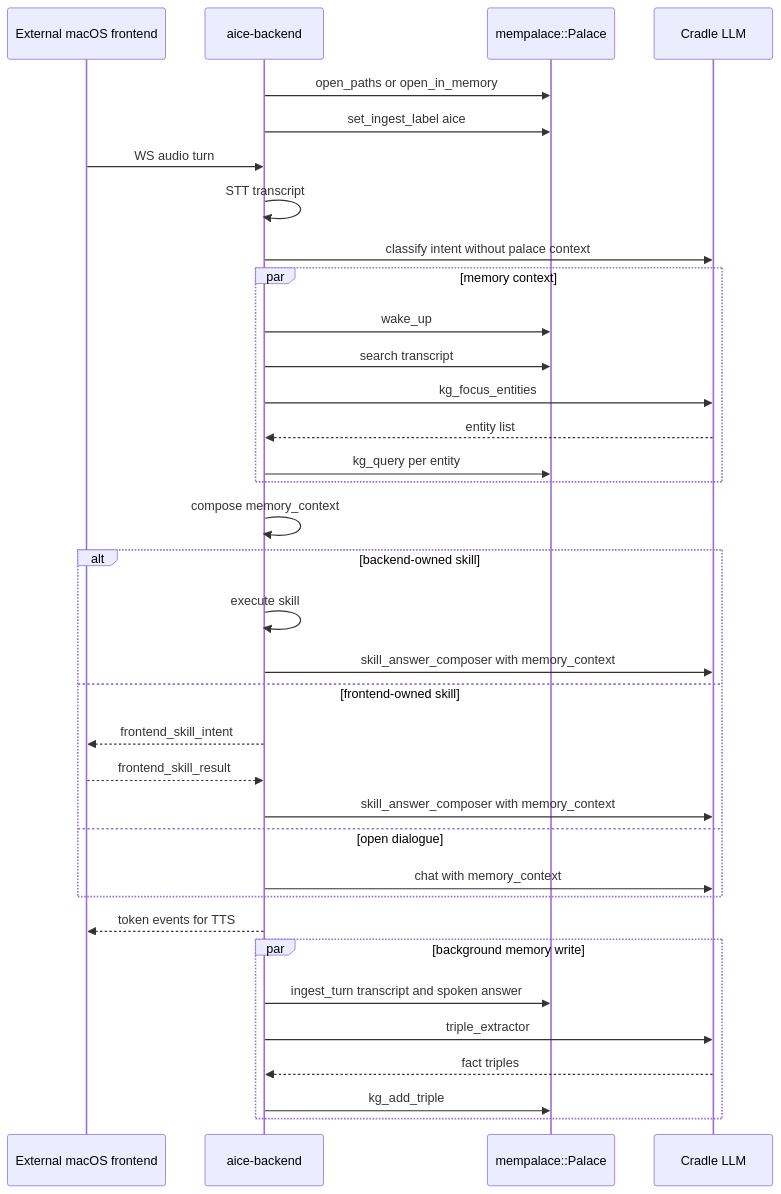
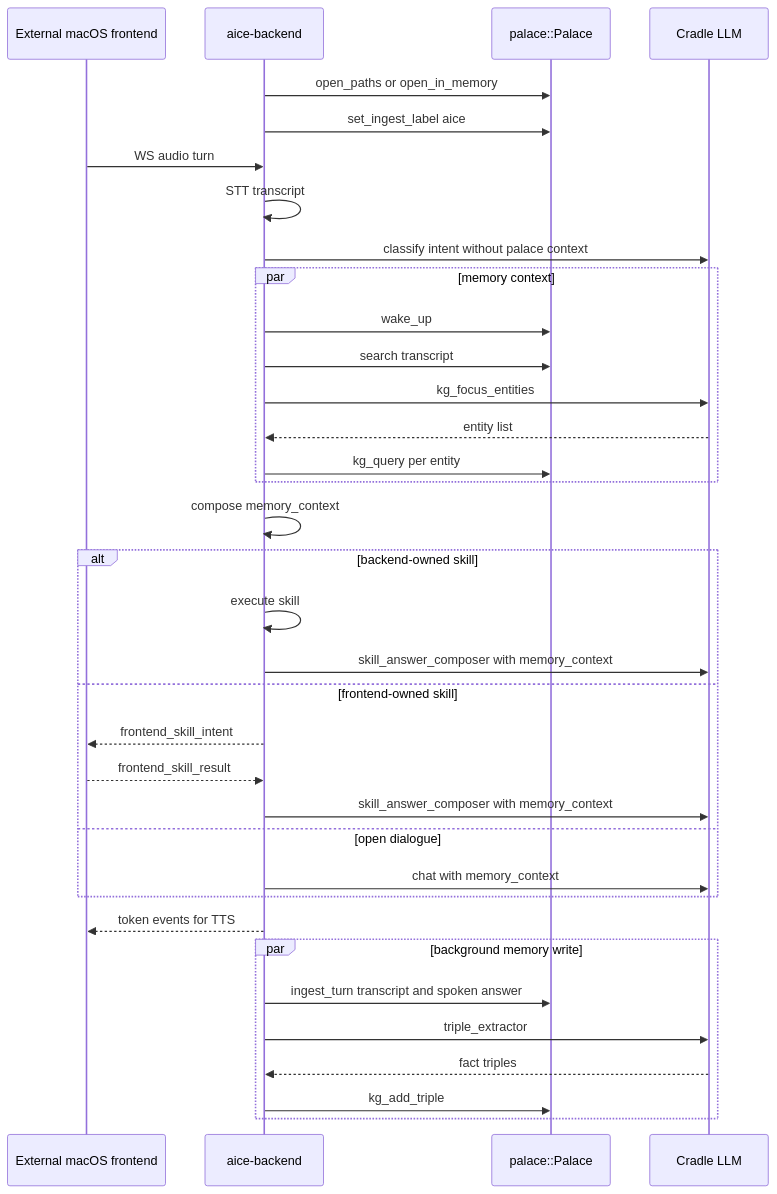
One commit to AncientiCe/aice changed the seventh of 24 diagrams in docs/architecture/README.md. Above: the diagram before and after it, drawn with Mermaid. The commit also changed other lines of this file and 10 other files, not shown here.

````diff
--- a/docs/architecture/README.md
+++ b/docs/architecture/README.md
@@ -195,38 +195,38 @@
 ```mermaid
 sequenceDiagram
     participant Mac as External macOS frontend
     participant Core as aice-backend
-    participant Palace as mempalace::Palace
+    participant Palace as palace::Palace
     participant LLM as Cradle LLM
 
     Core->>Palace: open_paths or open_in_memory
     Core->>Palace: set_ingest_label aice
     Mac->>Core: WS audio turn
     Core->>Core: STT transcript
     Core->>LLM: classify intent without palace context
     par memory context
         Core->>Palace: wake_up
         Core->>Palace: search transcript
         Core->>LLM: kg_focus_entities
         LLM-->>Core: entity list
         Core->>Palace: kg_query per entity
     end
     Core->>Core: compose memory_context
     alt backend-owned skill
         Core->>Core: execute skill
         Core->>LLM: skill_answer_composer with memory_context
     else frontend-owned skill
         Core-->>Mac: frontend_skill_intent
         Mac-->>Core: frontend_skill_result
         Core->>LLM: skill_answer_composer with memory_context
     else open dialogue
         Core->>LLM: chat with memory_context
     end
     Core-->>Mac: token events for TTS
     par background memory write
         Core->>Palace: ingest_turn transcript and spoken answer
         Core->>LLM: triple_extractor
         LLM-->>Core: fact triples
         Core->>Palace: kg_add_triple
     end
 ```
````
